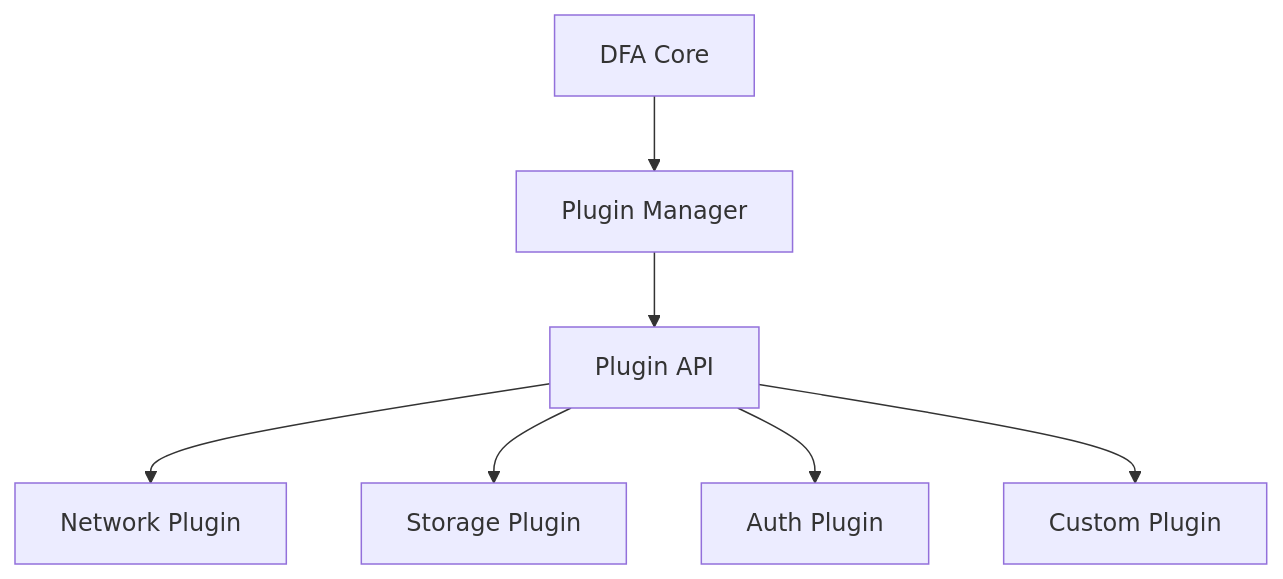
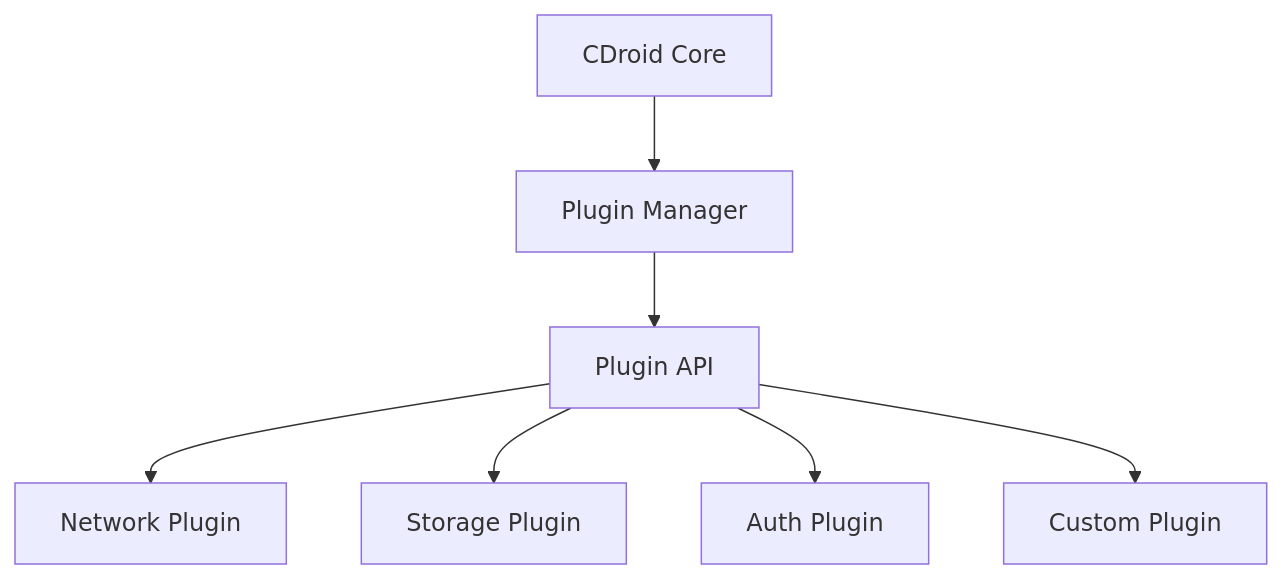
One commit to LineCatOvO/DFA changed the tenth of 10 diagrams in docs/ARCHITECTURE.md. Above: the diagram before and after it, drawn with Mermaid. The commit also changed other lines of this file and 25 other files, not shown here.

````diff
--- a/docs/ARCHITECTURE.md
+++ b/docs/ARCHITECTURE.md
@@ -398,19 +338,19 @@
 ```mermaid
 graph TB
-    A[DFA Core]
+    A[CDroid Core]
     B[Plugin Manager]
     C[Plugin API]
     
     D[Network Plugin]
     E[Storage Plugin]
     F[Auth Plugin]
     G[Custom Plugin]
     
     A --> B
     B --> C
     
     C --> D
     C --> E
     C --> F
     C --> G
 ```
````
